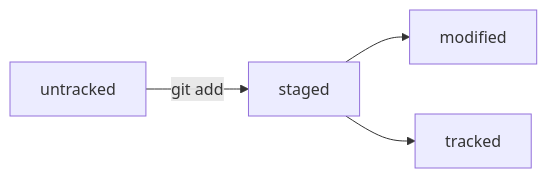
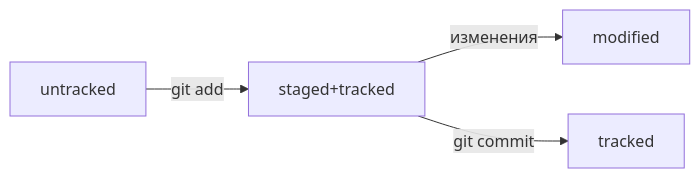
The diagram in README.md (SurrealGentleman/RP1), drawn with Mermaid before and after one commit.

Commit message:
дополнить все надписи

````diff
--- a/README.md
+++ b/README.md
@@ -62,6 +62,6 @@
 ```mermaid
 graph LR;
-  untracked -- "git add" --> staged;
-  staged --> modified;
-  staged --> tracked;
+  untracked -- "git add" --> staged+tracked;
+  staged+tracked -- "изменения" --> modified;
+  staged+tracked -- "git commit" --> tracked;
 ```
````
